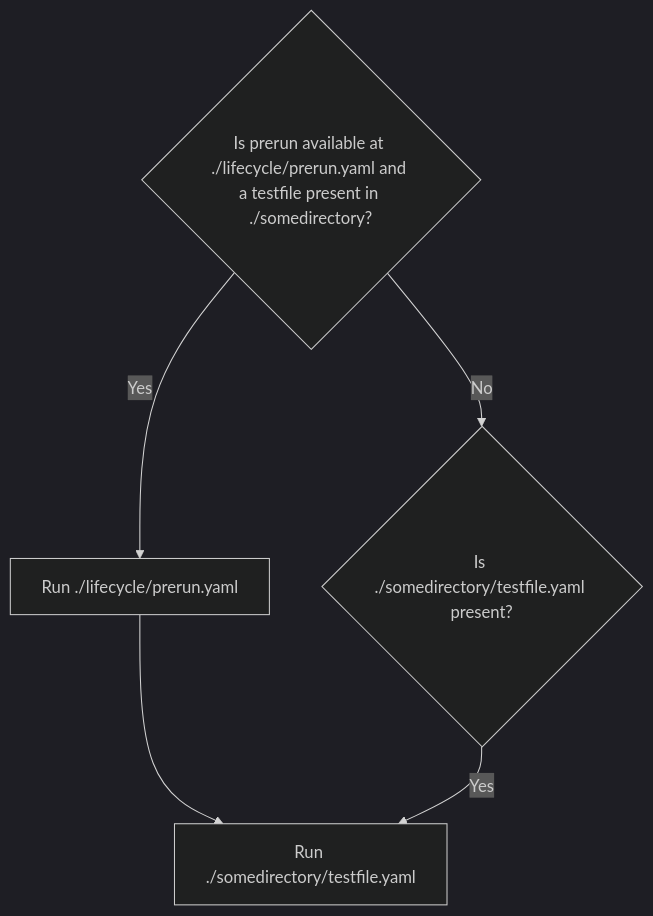
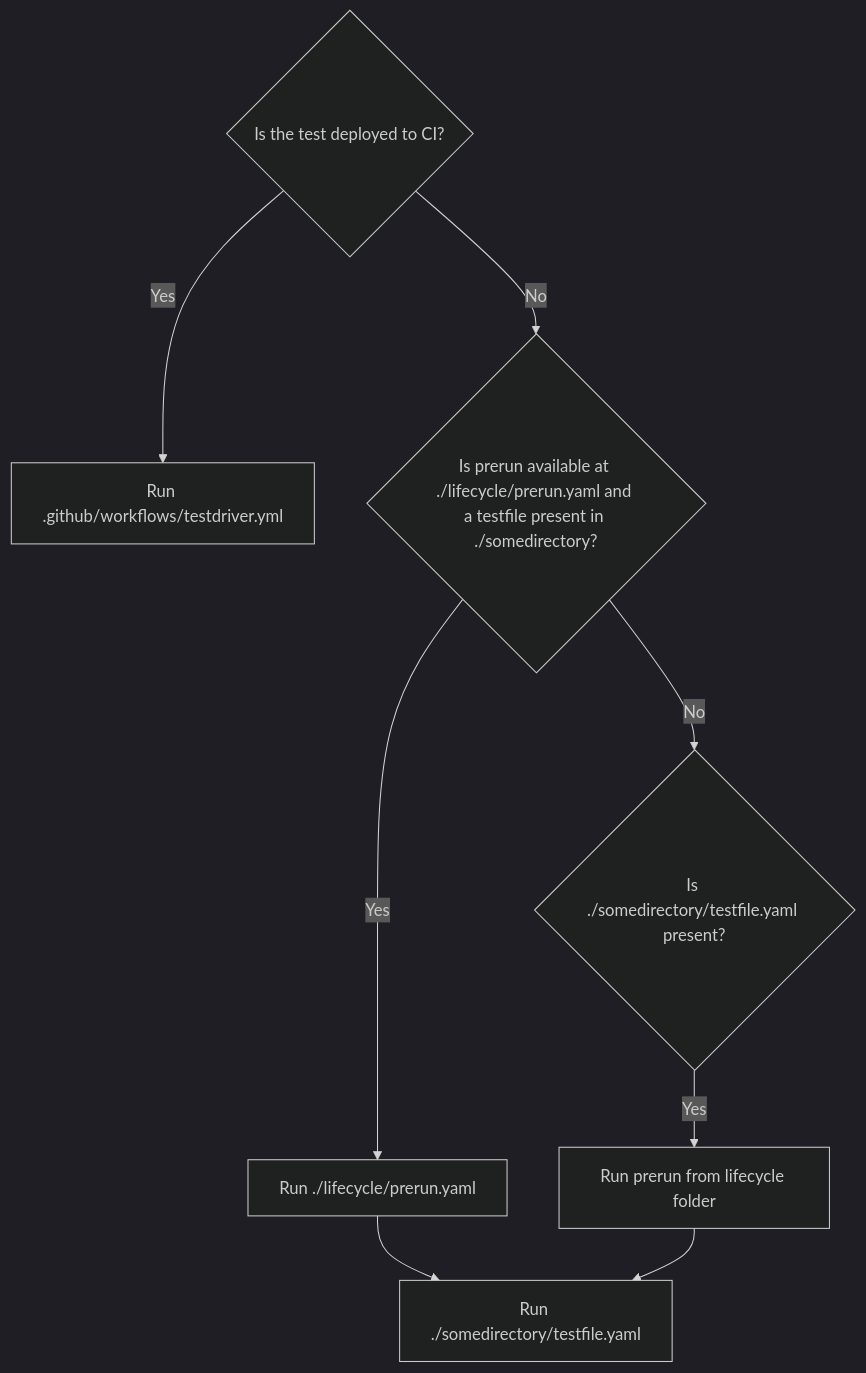
The diagram in docs/guide/lifecycle-prerun.mdx (testdriverai/testdriverai), drawn with Mermaid (dark theme) before and after one commit. The commit also changed other lines of this file and 4 other files, not shown here.

````diff
--- a/docs/guide/lifecycle-prerun.mdx
+++ b/docs/guide/lifecycle-prerun.mdx
@@ -55,8 +61,12 @@
 ```mermaid
 graph TD
-    A{Is prerun available at ./lifecycle/prerun.yaml and a testfile present in ./somedirectory?}
-    A -->|Yes| B[Run ./lifecycle/prerun.yaml]
-    B --> C[Run ./somedirectory/testfile.yaml]
-    A -->|No| D{Is ./somedirectory/testfile.yaml present?}
-    D -->|Yes| C
+    A{Is the test deployed to CI?}
+    A -->|Yes| B[Run .github/workflows/testdriver.yml]
+    
+    A -->|No| C{Is prerun available at ./lifecycle/prerun.yaml and a testfile present in ./somedirectory?}
+    C -->|Yes| D[Run ./lifecycle/prerun.yaml]
+    D --> E[Run ./somedirectory/testfile.yaml]
+    C -->|No| F{Is ./somedirectory/testfile.yaml present?}
+    F -->|Yes| G[Run prerun from lifecycle folder]
+    G --> E
 ```
````
